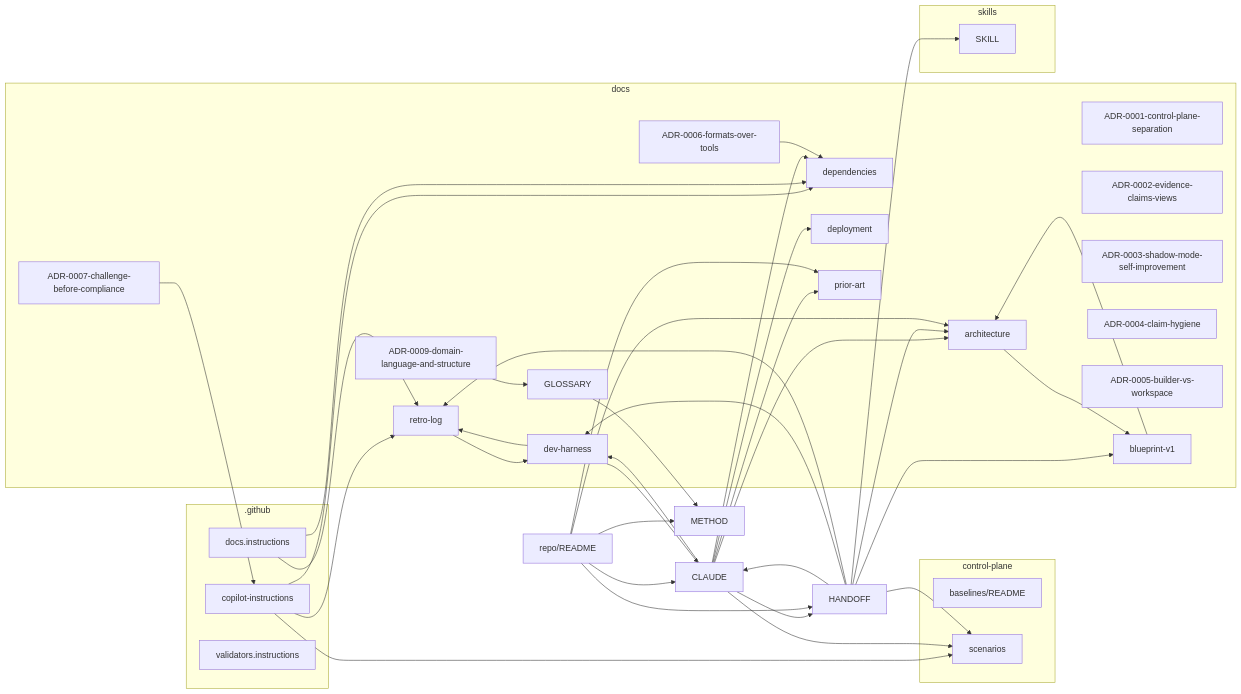
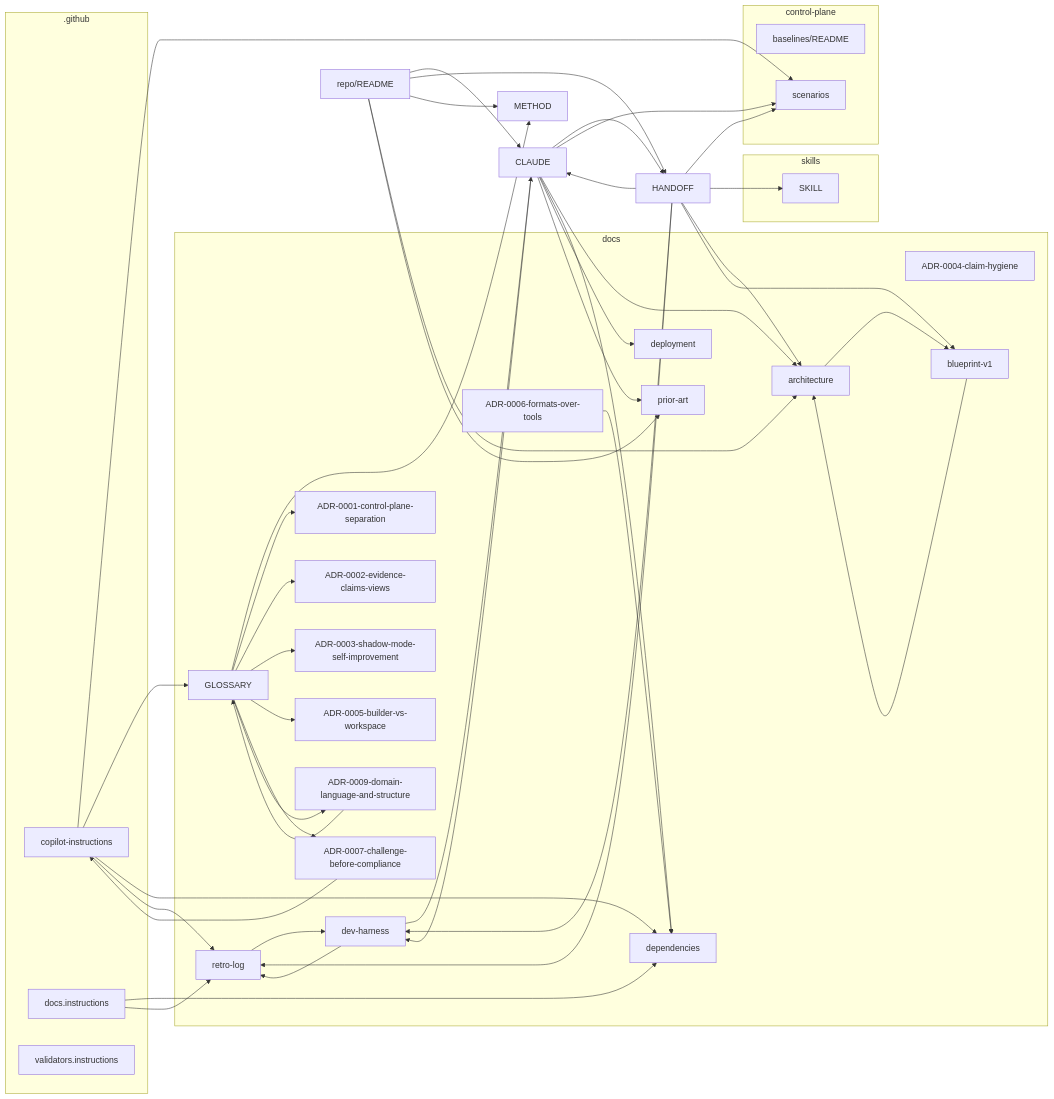
The diagram in docs/mindmap.md (boulaajaj/ai-mise), drawn with Mermaid before and after one commit. The commit also changed other lines of this file and 3 other files, not shown here.

````diff
--- a/docs/mindmap.md
+++ b/docs/mindmap.md
@@ -7,70 +7,77 @@
 ```mermaid
 graph LR
   subgraph _github_g[.github]
     _github_copilot_instructions_md["copilot-instructions"]
     _github_instructions_docs_instructions_md["docs.instructions"]
     _github_instructions_validators_instructions_md["validators.instructions"]
   end
   subgraph control_plane_g[control-plane]
     control_plane_evaluation_baselines_README_md["baselines/README"]
     control_plane_threat_tests_scenarios_md["scenarios"]
   end
   subgraph docs_g[docs]
     docs_GLOSSARY_md["GLOSSARY"]
     docs_architecture_md["architecture"]
     docs_decisions_ADR_0001_control_plane_separation_md["ADR-0001-control-plane-separation"]
     docs_decisions_ADR_0002_evidence_claims_views_md["ADR-0002-evidence-claims-views"]
     docs_decisions_ADR_0003_shadow_mode_self_improvement_md["ADR-0003-shadow-mode-self-improvement"]
     docs_decisions_ADR_0004_claim_hygiene_md["ADR-0004-claim-hygiene"]
     docs_decisions_ADR_0005_builder_vs_workspace_md["ADR-0005-builder-vs-workspace"]
     docs_decisions_ADR_0006_formats_over_tools_md["ADR-0006-formats-over-tools"]
     docs_decisions_ADR_0007_challenge_before_compliance_md["ADR-0007-challenge-before-compliance"]
     docs_decisions_ADR_0009_domain_language_and_structure_md["ADR-0009-domain-language-and-structure"]
     docs_dependencies_md["dependencies"]
     docs_deployment_md["deployment"]
     docs_history_blueprint_v1_md["blueprint-v1"]
     docs_meta_dev_harness_md["dev-harness"]
     docs_meta_retro_log_md["retro-log"]
     docs_prior_art_md["prior-art"]
   end
   CLAUDE_md["CLAUDE"]
   HANDOFF_md["HANDOFF"]
   METHOD_md["METHOD"]
   README_md["repo/README"]
   subgraph skills_g[skills]
     skills_inspector_SKILL_md["SKILL"]
   end
   _github_copilot_instructions_md --> control_plane_threat_tests_scenarios_md
+  _github_copilot_instructions_md --> docs_GLOSSARY_md
   _github_copilot_instructions_md --> docs_dependencies_md
   _github_copilot_instructions_md --> docs_meta_retro_log_md
   _github_instructions_docs_instructions_md --> docs_dependencies_md
   _github_instructions_docs_instructions_md --> docs_meta_retro_log_md
   CLAUDE_md --> HANDOFF_md
   CLAUDE_md --> control_plane_threat_tests_scenarios_md
   CLAUDE_md --> docs_architecture_md
   CLAUDE_md --> docs_dependencies_md
   CLAUDE_md --> docs_deployment_md
   CLAUDE_md --> docs_meta_dev_harness_md
   CLAUDE_md --> docs_prior_art_md
   HANDOFF_md --> CLAUDE_md
   HANDOFF_md --> control_plane_threat_tests_scenarios_md
   HANDOFF_md --> docs_architecture_md
   HANDOFF_md --> docs_history_blueprint_v1_md
   HANDOFF_md --> docs_meta_dev_harness_md
   HANDOFF_md --> docs_meta_retro_log_md
   HANDOFF_md --> skills_inspector_SKILL_md
   README_md --> CLAUDE_md
   README_md --> HANDOFF_md
   README_md --> METHOD_md
   README_md --> docs_architecture_md
   README_md --> docs_prior_art_md
   docs_GLOSSARY_md --> METHOD_md
+  docs_GLOSSARY_md --> docs_decisions_ADR_0001_control_plane_separation_md
+  docs_GLOSSARY_md --> docs_decisions_ADR_0002_evidence_claims_views_md
+  docs_GLOSSARY_md --> docs_decisions_ADR_0003_shadow_mode_self_improvement_md
+  docs_GLOSSARY_md --> docs_decisions_ADR_0005_builder_vs_workspace_md
+  docs_GLOSSARY_md --> docs_decisions_ADR_0007_challenge_before_compliance_md
+  docs_GLOSSARY_md --> docs_decisions_ADR_0009_domain_language_and_structure_md
   docs_architecture_md --> docs_history_blueprint_v1_md
   docs_decisions_ADR_0006_formats_over_tools_md --> docs_dependencies_md
   docs_decisions_ADR_0007_challenge_before_compliance_md --> _github_copilot_instructions_md
   docs_decisions_ADR_0009_domain_language_and_structure_md --> docs_GLOSSARY_md
   docs_history_blueprint_v1_md --> docs_architecture_md
   docs_meta_dev_harness_md --> CLAUDE_md
   docs_meta_dev_harness_md --> docs_meta_retro_log_md
   docs_meta_retro_log_md --> docs_meta_dev_harness_md
 ```
````
